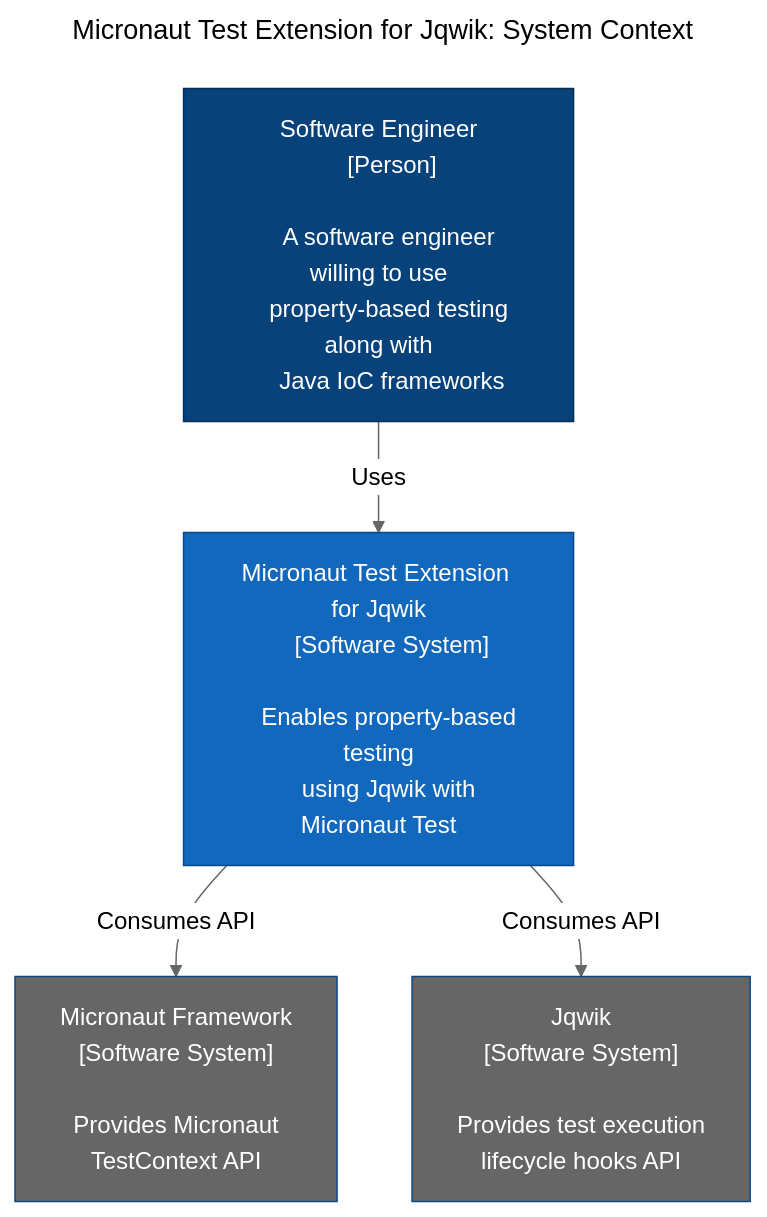
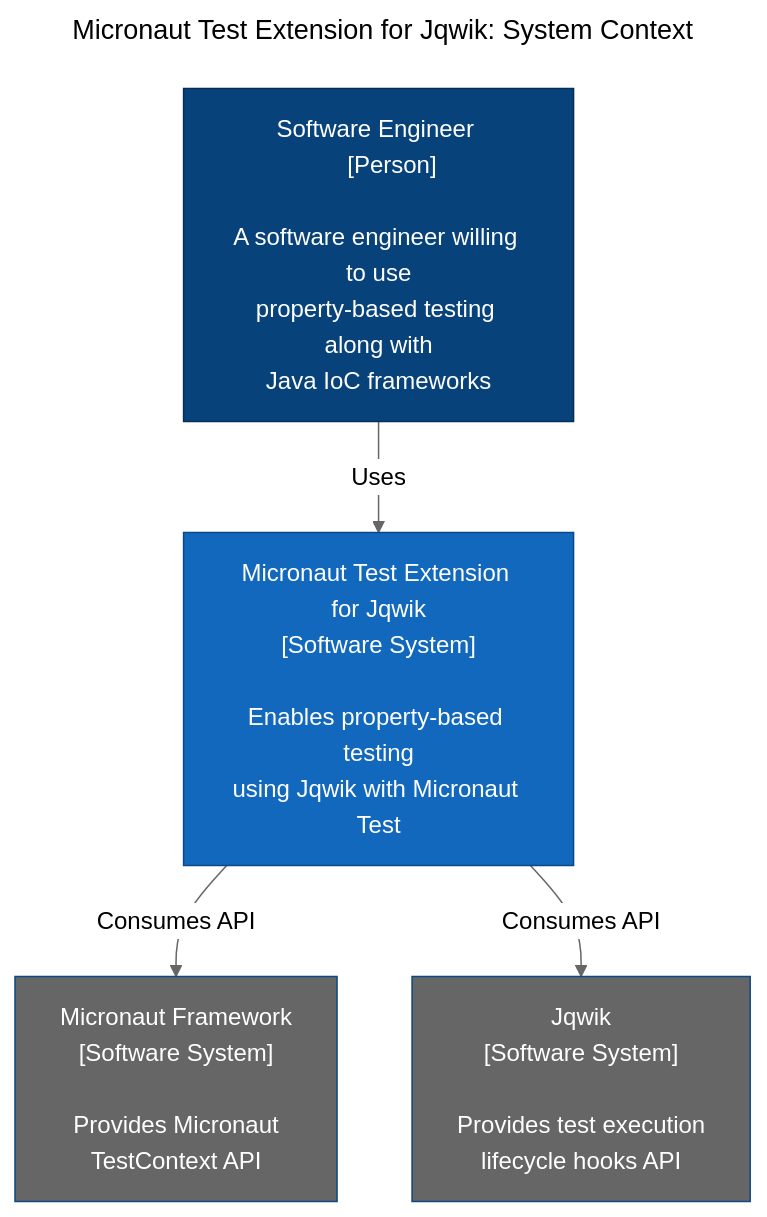
The diagram in README.md (jqwik-team/jqwik-micronaut), drawn with Mermaid (neutral theme) before and after one commit. The commit also changed other lines of this file and 49 other files, not shown here.

First line of the commit message:
feat(jqwik-micronaut): #4 Added parameter to configure lifecycle cleanup per property or try (#6)

````diff
--- a/README.md
+++ b/README.md
@@ -1,47 +8,47 @@
 ```mermaid
 ---
 title: "Micronaut Test Extension for Jqwik: System Context"
 ---
 
 flowchart TB
-    User["Software Engineer
+    User["Software Engineer 
     [Person]
 
-    A software engineer willing to use
-    property-based testing along with
-    Java IoC frameworks"]
-    
-    MTEJ["Micronaut Test Extension for Jqwik
-    [Software System]
-    
-    Enables property-based testing
-    using Jqwik with Micronaut Test"]
-    
-    MF["Micronaut Framework
-    [Software System]
-    
-    Provides Micronaut
-    TestContext API"]
-    
-    JQ["Jqwik
-    [Software System]
-    
-    Provides test execution
-    lifecycle hooks API"]
-    
-    User -- "Uses" --> MTEJ
-    MTEJ -- "Consumes API" --> MF
-    MTEJ -- "Consumes API" --> JQ
-    
-    classDef focusSystem fill:#1168bd,stroke:#0b4884,color:#ffffff
-    classDef supportingSystem fill:#666,stroke:#0b4884,color:#ffffff
-    classDef person fill:#08427b,stroke:#052e56,color:#ffffff
-    
-    class MTEJ focusSystem
-    class User person
-    class MF,JQ supportingSystem
-    
-    click JQ "https://github.com/jqwik-team/jqwik" _blank
-    click MTEJ "https://github.com/jqwik-team/jqwik-micronaut" _blank
-    click MF "https://micronaut-projects.github.io/micronaut-test/latest/guide" _blank
+A software engineer willing to use
+property-based testing along with
+Java IoC frameworks"]
+
+MTEJ["Micronaut Test Extension for Jqwik
+[Software System]
+
+Enables property-based testing
+using Jqwik with Micronaut Test"]
+
+MF["Micronaut Framework
+[Software System]
+
+Provides Micronaut
+TestContext API"]
+
+JQ["Jqwik
+[Software System]
+
+Provides test execution
+lifecycle hooks API"]
+
+User -- "Uses" --> MTEJ
+MTEJ -- "Consumes API" --> MF
+MTEJ -- "Consumes API" --> JQ
+
+classDef focusSystem fill:#1168bd,stroke:#0b4884,color:#ffffff
+classDef supportingSystem fill:#666, stroke:#0b4884,color:#ffffff
+classDef person fill:#08427b,stroke:#052e56,color:#ffffff
+
+class MTEJ focusSystem
+class User person
+class MF,JQ supportingSystem
+
+click JQ "https://github.com/jqwik-team/jqwik" _blank
+click MTEJ "https://github.com/jqwik-team/jqwik-micronaut" _blank
+click MF "https://micronaut-projects.github.io/micronaut-test/latest/guide" _blank
 ```
````
